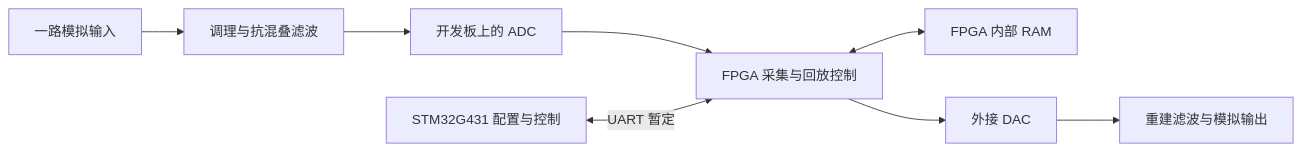
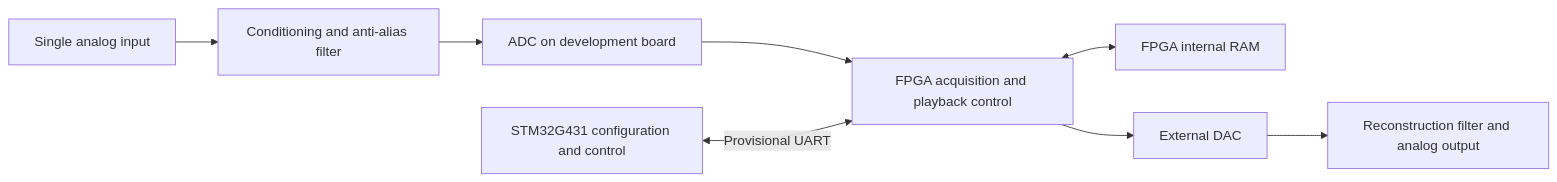
One commit to zhaopengyi16-prog/efes-embedded-system changed the diagram in docs/ARCHITECTURE.md. Above: the diagram before and after it, drawn with Mermaid. The commit also changed other lines of this file and 4 other files, not shown here.

````diff
--- a/docs/ARCHITECTURE.md
+++ b/docs/ARCHITECTURE.md
@@ -15,10 +15,10 @@
 ```mermaid
 flowchart LR
-    I[一路模拟输入] --> A[调理与抗混叠滤波]
-    A --> ADC[开发板上的 ADC]
-    ADC --> F[FPGA 采集与回放控制]
-    F <--> R[FPGA 内部 RAM]
-    F --> DAC[外接 DAC]
-    DAC --> O[重建滤波与模拟输出]
-    M[STM32G431 配置与控制] <-->|UART 暂定| F
+    I[Single analog input] --> A[Conditioning and anti-alias filter]
+    A --> ADC[ADC on development board]
+    ADC --> F[FPGA acquisition and playback control]
+    F <--> R[FPGA internal RAM]
+    F --> DAC[External DAC]
+    DAC --> O[Reconstruction filter and analog output]
+    M[STM32G431 configuration and control] <-->|Provisional UART| F
 ```
````
